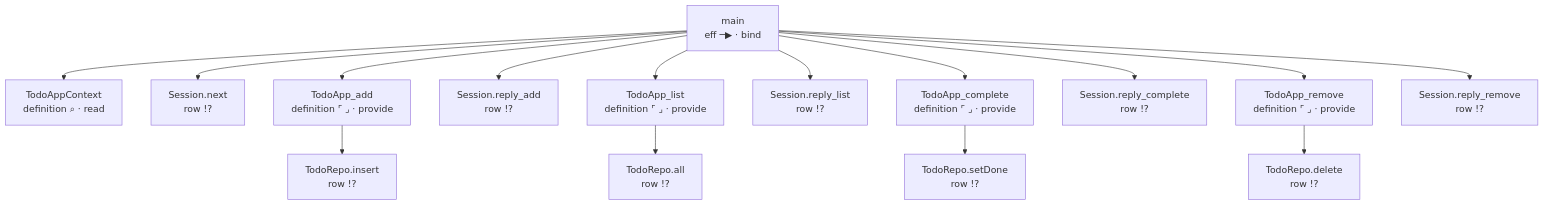
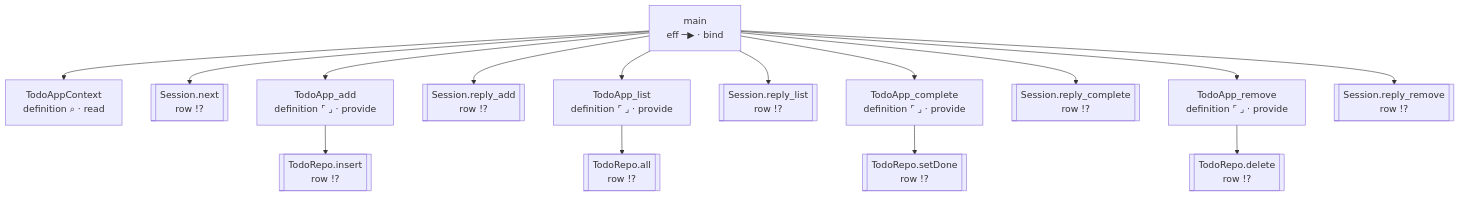
Before and after one commit to pure-algebra/lean4-effect4: the third of 3 diagrams in generated/graphs/todo.gen.md, drawn with Mermaid. The commit also changed other lines of this file and 15 other files, not shown here.

First line of the commit message:
A figure's node has a form: box, wire or port (Tools.Form), drawn by every fold; relation rows name their nodes by key (row 443 (5))

````diff
--- a/generated/graphs/todo.gen.md
+++ b/generated/graphs/todo.gen.md
@@ -172,32 +172,32 @@
 ```mermaid
 flowchart TB
   n0["main<br/>eff ─▶ · bind"]
   n1["TodoAppContext<br/>definition ⌕ · read"]
-  n2["Session.next<br/>row !?"]
+  n2[["Session.next<br/>row !?"]]
   n3["TodoApp_add<br/>definition ⌜ ⌟ · provide"]
-  n4["Session.reply_add<br/>row !?"]
+  n4[["Session.reply_add<br/>row !?"]]
   n5["TodoApp_list<br/>definition ⌜ ⌟ · provide"]
-  n6["Session.reply_list<br/>row !?"]
+  n6[["Session.reply_list<br/>row !?"]]
   n7["TodoApp_complete<br/>definition ⌜ ⌟ · provide"]
-  n8["Session.reply_complete<br/>row !?"]
+  n8[["Session.reply_complete<br/>row !?"]]
   n9["TodoApp_remove<br/>definition ⌜ ⌟ · provide"]
-  n10["Session.reply_remove<br/>row !?"]
-  n11["TodoRepo.insert<br/>row !?"]
-  n12["TodoRepo.all<br/>row !?"]
-  n13["TodoRepo.setDone<br/>row !?"]
-  n14["TodoRepo.delete<br/>row !?"]
+  n10[["Session.reply_remove<br/>row !?"]]
+  n11[["TodoRepo.insert<br/>row !?"]]
+  n12[["TodoRepo.all<br/>row !?"]]
+  n13[["TodoRepo.setDone<br/>row !?"]]
+  n14[["TodoRepo.delete<br/>row !?"]]
   n3 --> n11
   n5 --> n12
   n7 --> n13
   n9 --> n14
   n0 --> n1
   n0 --> n2
   n0 --> n3
   n0 --> n4
   n0 --> n5
   n0 --> n6
   n0 --> n7
   n0 --> n8
   n0 --> n9
   n0 --> n10
 ```
````
